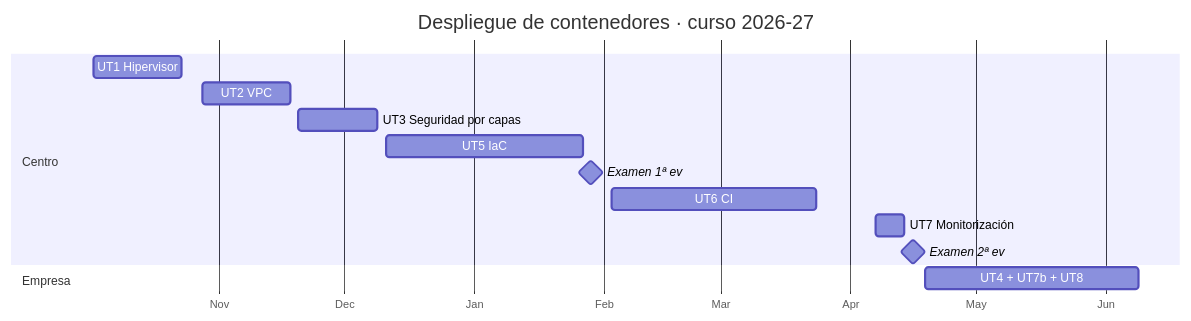
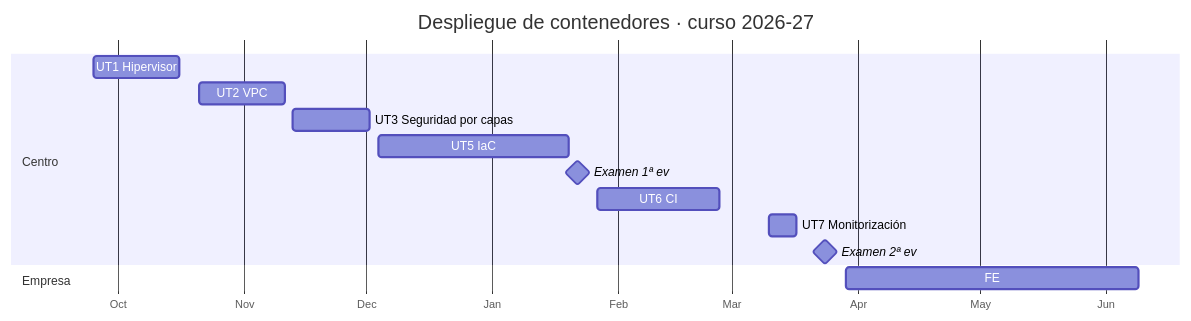
One commit to victor-educ/apuntes-5166 changed the diagram in docs/calendario.md. Above: the diagram before and after it, drawn with Mermaid. The commit also changed other lines of this file and 11 other files, not shown here.

````diff
--- a/docs/calendario.md
+++ b/docs/calendario.md
@@ -80,17 +78,17 @@
 ```mermaid
 gantt
     title Despliegue de contenedores · curso 2026-27
     dateFormat  YYYY-MM-DD
     axisFormat  %b
     section Centro
-    UT1 Hipervisor           :2026-10-02, 2026-10-23
-    UT2 VPC                  :2026-10-28, 2026-11-18
-    UT3 Seguridad por capas  :2026-11-20, 2026-12-09
-    UT5 IaC                  :2026-12-11, 2027-01-27
-    Examen 1ª ev             :milestone, 2027-01-29, 0d
-    UT6 CI                   :2027-02-03, 2027-03-24
-    UT7 Monitorización       :2027-04-07, 2027-04-14
-    Examen 2ª ev             :milestone, 2027-04-16, 0d
+    UT1 Hipervisor            :2026-09-25, 2026-10-16
+    UT2 VPC                   :2026-10-21, 2026-11-11
+    UT3 Seguridad por capas   :2026-11-13, 2026-12-02
+    UT5 IaC                   :2026-12-04, 2027-01-20
+    Examen 1ª ev              :milestone, 2027-01-22, 0d
+    UT6 CI                    :2027-01-27, 2027-02-26
+    UT7 Monitorización        :2027-03-10, 2027-03-17
+    Examen 2ª ev              :milestone, 2027-03-24, 0d
     section Empresa
-    UT4 + UT7b + UT8         :2027-04-19, 2027-06-09
+    FE                        :2027-03-29, 2027-06-09
 ```
````
